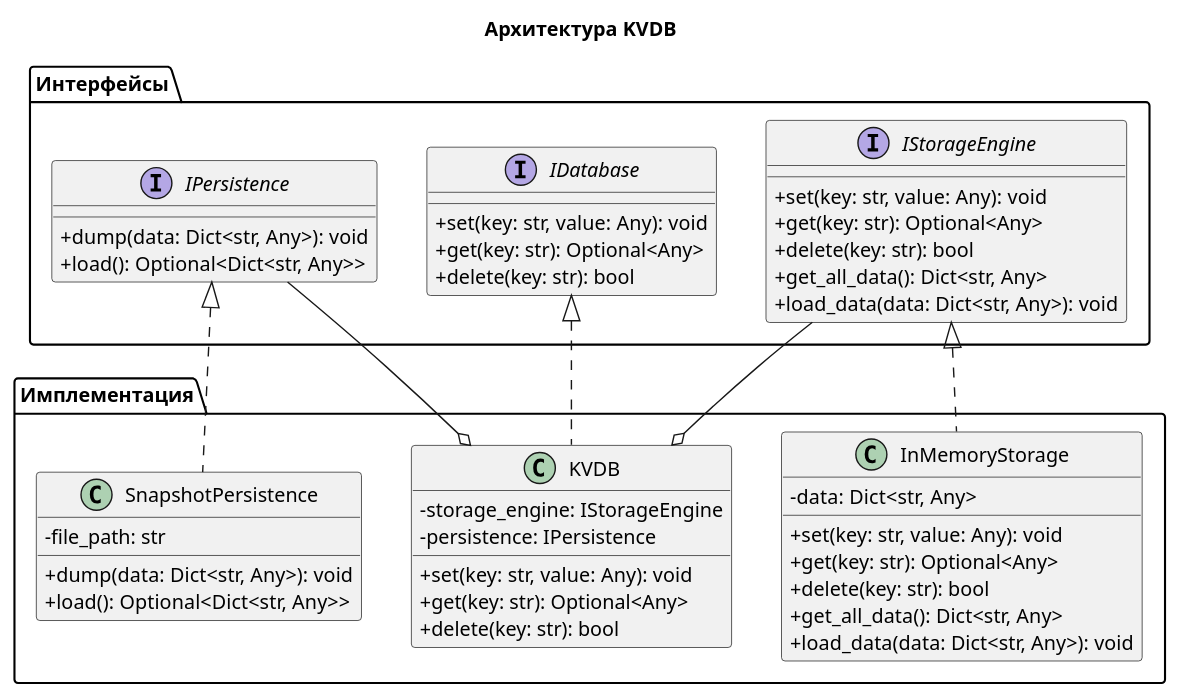
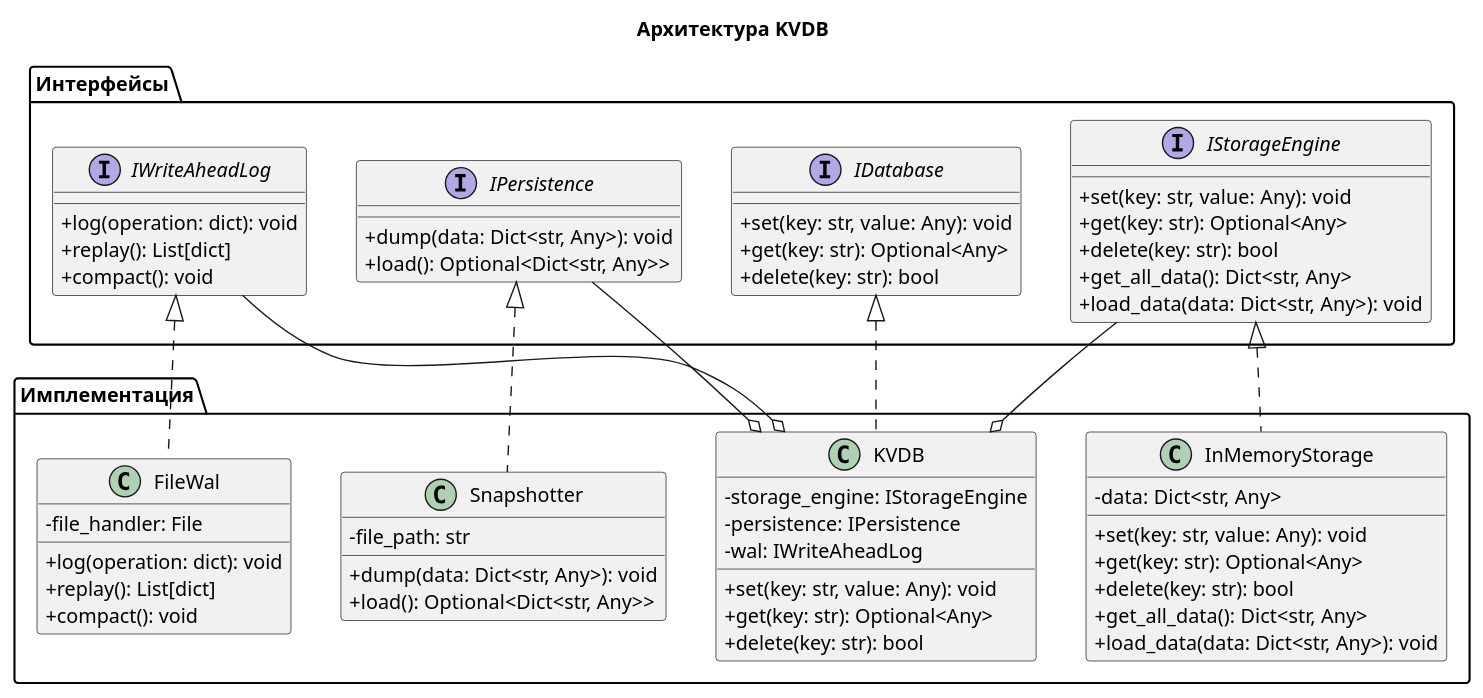
One commit to IvaMorozilka/big-data-infra changed the diagram in umls/architecture.puml. Above: the diagram before and after it, drawn with PlantUML. The commit also changed 2 other files, not shown here.

Commit message:
update: added WAL

```diff
--- a/umls/architecture.puml
+++ b/umls/architecture.puml
@@ -1,59 +1,75 @@
-@startuml
+@startuml architecture
 skinparam classAttributeIconSize 0
 
 title Архитектура KVDB
 
 package "Интерфейсы" {
     interface IDatabase {
         + set(key: str, value: Any): void
         + get(key: str): Optional<Any>
         + delete(key: str): bool
     }
 
     interface IStorageEngine {
         + set(key: str, value: Any): void
         + get(key: str): Optional<Any>
         + delete(key: str): bool
         + get_all_data(): Dict<str, Any>
         + load_data(data: Dict<str, Any>): void
     }
 
     interface IPersistence {
         + dump(data: Dict<str, Any>): void
         + load(): Optional<Dict<str, Any>>
     }
+
+     interface IWriteAheadLog {
+        + log(operation: dict): void
+        + replay(): List[dict]
+        + compact(): void
+    }
 }
 
 package "Имплементация" {
     class KVDB {
         - storage_engine: IStorageEngine
         - persistence: IPersistence
+        - wal: IWriteAheadLog
         + set(key: str, value: Any): void
         + get(key: str): Optional<Any>
         + delete(key: str): bool
     }
 
     class InMemoryStorage {
         - data: Dict<str, Any>
         + set(key: str, value: Any): void
         + get(key: str): Optional<Any>
         + delete(key: str): bool
         + get_all_data(): Dict<str, Any>
         + load_data(data: Dict<str, Any>): void
     }
 
-    class SnapshotPersistence {
+    class Snapshotter {
         - file_path: str
         + dump(data: Dict<str, Any>): void
         + load(): Optional<Dict<str, Any>>
+    }
+
+    class FileWal {
+        - file_handler: File
+        + log(operation: dict): void
+        + replay(): List[dict]
+        + compact(): void
     }
 }
 
 IDatabase <|.. KVDB
 IStorageEngine <|.. InMemoryStorage
-IPersistence <|.. SnapshotPersistence
+IPersistence <|.. Snapshotter
+IWriteAheadLog <|.. FileWal
 
 KVDB o-- IStorageEngine
 KVDB o-- IPersistence
+KVDB o-- IWriteAheadLog
 
 @enduml
```
